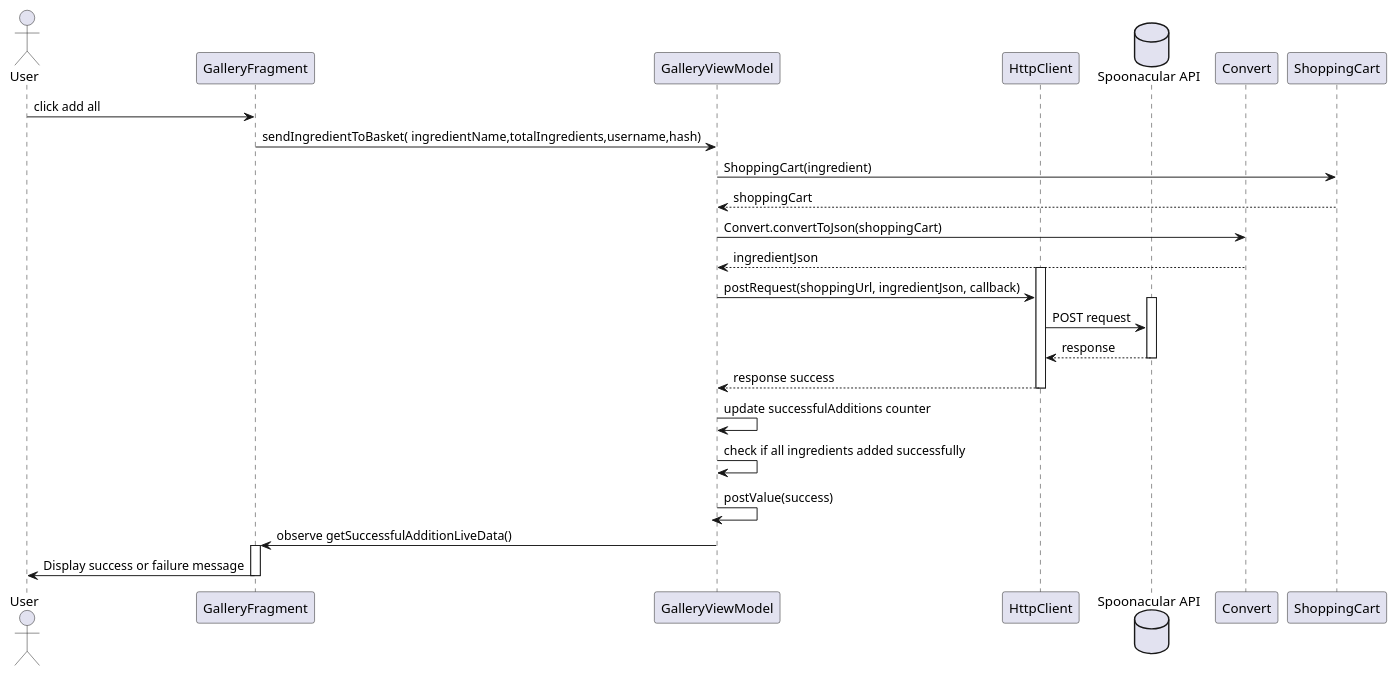
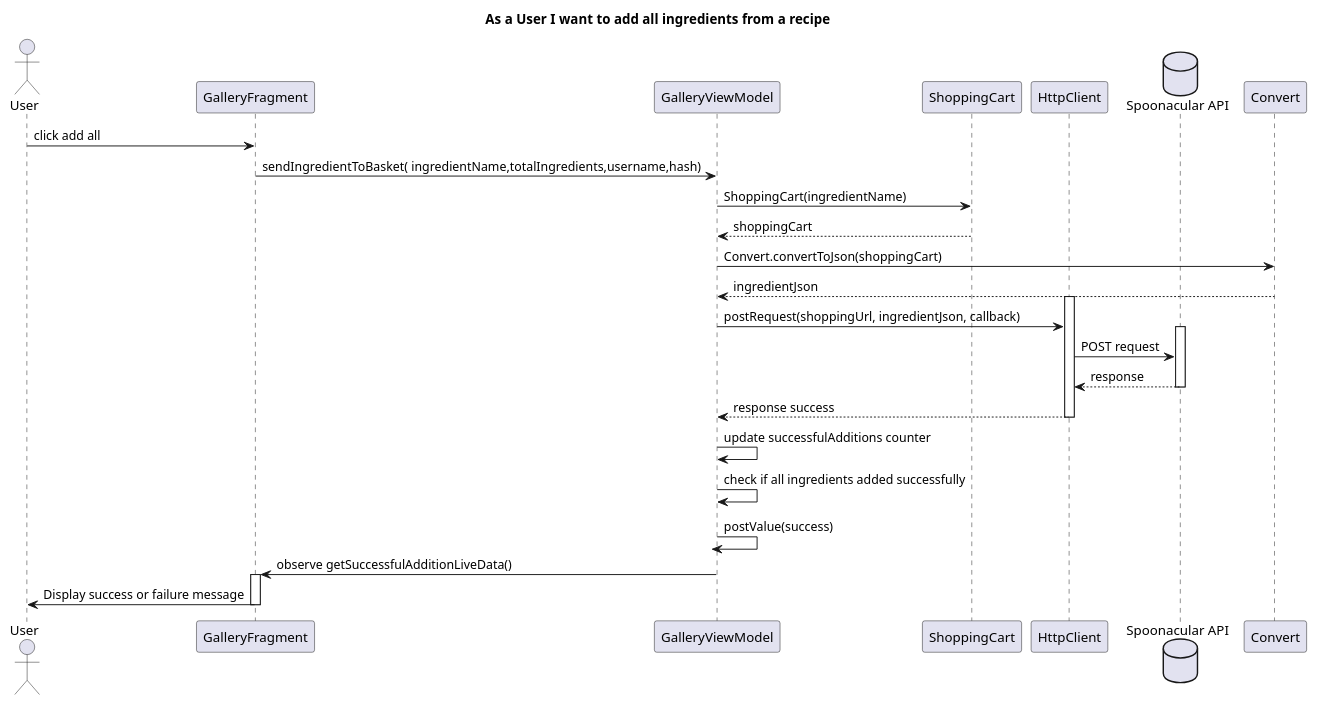
One commit to IsepMartimOliveira/DSSMV_ProjectDroid_1181754 changed the diagram in Documents/US/US04/SD.puml. Above: the diagram before and after it, drawn with PlantUML. The commit also changed 23 other files, not shown here.

```diff
--- a/Documents/US/US04/SD.puml
+++ b/Documents/US/US04/SD.puml
@@ -1,37 +1,38 @@
 @startuml
+title As a User I want to add all ingredients from a recipe
 actor User as User
 participant "GalleryFragment" as GalleryFragment
 participant "GalleryViewModel" as GalleryViewModel
+participant "ShoppingCart" as ShoppingCart
 participant "HttpClient" as HttpClient
 database "Spoonacular API" as Server
 participant "Convert" as Convert
-participant "ShoppingCart" as ShoppingCart
 
 User -> GalleryFragment: click add all
 GalleryFragment -> GalleryViewModel: sendIngredientToBasket( ingredientName,totalIngredients,username,hash)
-GalleryViewModel->ShoppingCart:ShoppingCart(ingredient)
+GalleryViewModel->ShoppingCart:ShoppingCart(ingredientName)
 ShoppingCart-->GalleryViewModel: shoppingCart
 GalleryViewModel->Convert:Convert.convertToJson(shoppingCart)
 Convert-->GalleryViewModel:ingredientJson
 
 activate HttpClient
 
 GalleryViewModel -> HttpClient: postRequest(shoppingUrl, ingredientJson, callback)
 activate Server
 
 HttpClient->Server:POST request
 Server-->"HttpClient":response
 
 deactivate Server
 HttpClient --> GalleryViewModel: response success
 deactivate HttpClient
 GalleryViewModel -> GalleryViewModel: update successfulAdditions counter
 GalleryViewModel -> GalleryViewModel: check if all ingredients added successfully
 GalleryViewModel -> GalleryViewModel: postValue(success)
 deactivate GalleryViewModel
 GalleryViewModel -> GalleryFragment: observe getSuccessfulAdditionLiveData()
 activate GalleryFragment
 GalleryFragment -> User: Display success or failure message
 deactivate GalleryFragment
 
 @enduml
```
